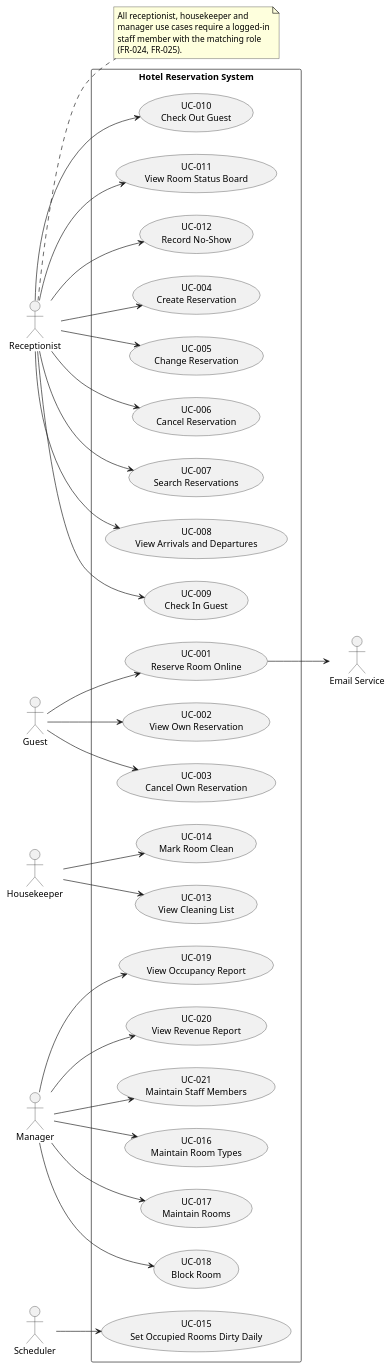
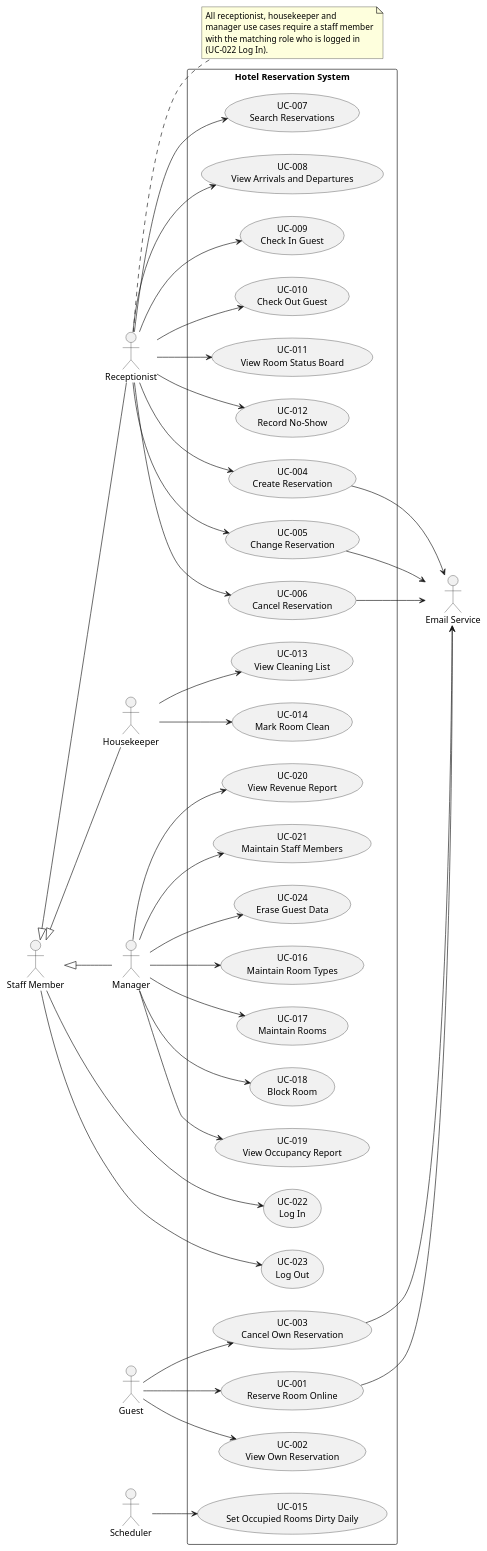
Before and after one commit to mmushfiq/sdd-lab: the diagram in docs/use_cases.puml, drawn with PlantUML. The commit also changed 26 other files, not shown here.

```diff
--- a/docs/use_cases.puml
+++ b/docs/use_cases.puml
@@ -1,77 +1,94 @@
 @startuml Use Cases Overview
 left to right direction
 
 actor "Guest" as guest
 actor "Receptionist" as receptionist
 actor "Housekeeper" as housekeeper
 actor "Manager" as manager
+actor "Staff Member" as staff
 actor "Scheduler" as scheduler
 actor "Email Service" as email
 
 rectangle "Hotel Reservation System" {
     ' Guest (online, no login)
     usecase "UC-001\nReserve Room Online" as UC001
     usecase "UC-002\nView Own Reservation" as UC002
     usecase "UC-003\nCancel Own Reservation" as UC003
 
     ' Receptionist
     usecase "UC-004\nCreate Reservation" as UC004
     usecase "UC-005\nChange Reservation" as UC005
     usecase "UC-006\nCancel Reservation" as UC006
     usecase "UC-007\nSearch Reservations" as UC007
     usecase "UC-008\nView Arrivals and Departures" as UC008
     usecase "UC-009\nCheck In Guest" as UC009
     usecase "UC-010\nCheck Out Guest" as UC010
     usecase "UC-011\nView Room Status Board" as UC011
     usecase "UC-012\nRecord No-Show" as UC012
 
     ' Housekeeper
     usecase "UC-013\nView Cleaning List" as UC013
     usecase "UC-014\nMark Room Clean" as UC014
     usecase "UC-015\nSet Occupied Rooms Dirty Daily" as UC015
 
     ' Manager
     usecase "UC-016\nMaintain Room Types" as UC016
     usecase "UC-017\nMaintain Rooms" as UC017
     usecase "UC-018\nBlock Room" as UC018
     usecase "UC-019\nView Occupancy Report" as UC019
     usecase "UC-020\nView Revenue Report" as UC020
     usecase "UC-021\nMaintain Staff Members" as UC021
+    usecase "UC-024\nErase Guest Data" as UC024
+
+    ' Every staff member
+    usecase "UC-022\nLog In" as UC022
+    usecase "UC-023\nLog Out" as UC023
 }
 
 guest --> UC001
 guest --> UC002
 guest --> UC003
 
 receptionist --> UC004
 receptionist --> UC005
 receptionist --> UC006
 receptionist --> UC007
 receptionist --> UC008
 receptionist --> UC009
 receptionist --> UC010
 receptionist --> UC011
 receptionist --> UC012
 
 housekeeper --> UC013
 housekeeper --> UC014
 
 scheduler --> UC015
 
 manager --> UC016
 manager --> UC017
 manager --> UC018
 manager --> UC019
 manager --> UC020
 manager --> UC021
+manager --> UC024
+
+receptionist -up-|> staff
+housekeeper -up-|> staff
+manager -up-|> staff
+staff --> UC022
+staff --> UC023
 
 UC001 --> email
+UC003 --> email
+UC004 --> email
+UC005 --> email
+UC006 --> email
 
 note right of receptionist
   All receptionist, housekeeper and
-  manager use cases require a logged-in
-  staff member with the matching role
-  (FR-024, FR-025).
+  manager use cases require a staff member
+  with the matching role who is logged in
+  (UC-022 Log In).
 end note
 
 @enduml
```
